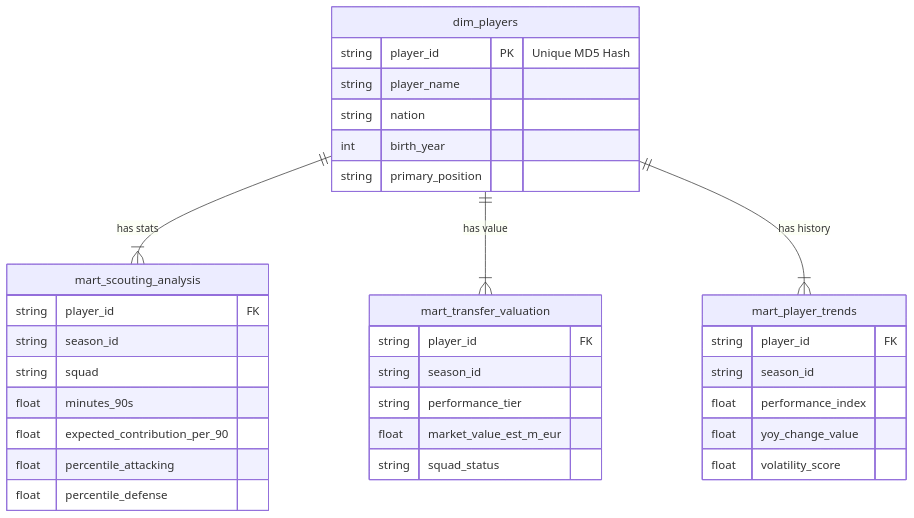
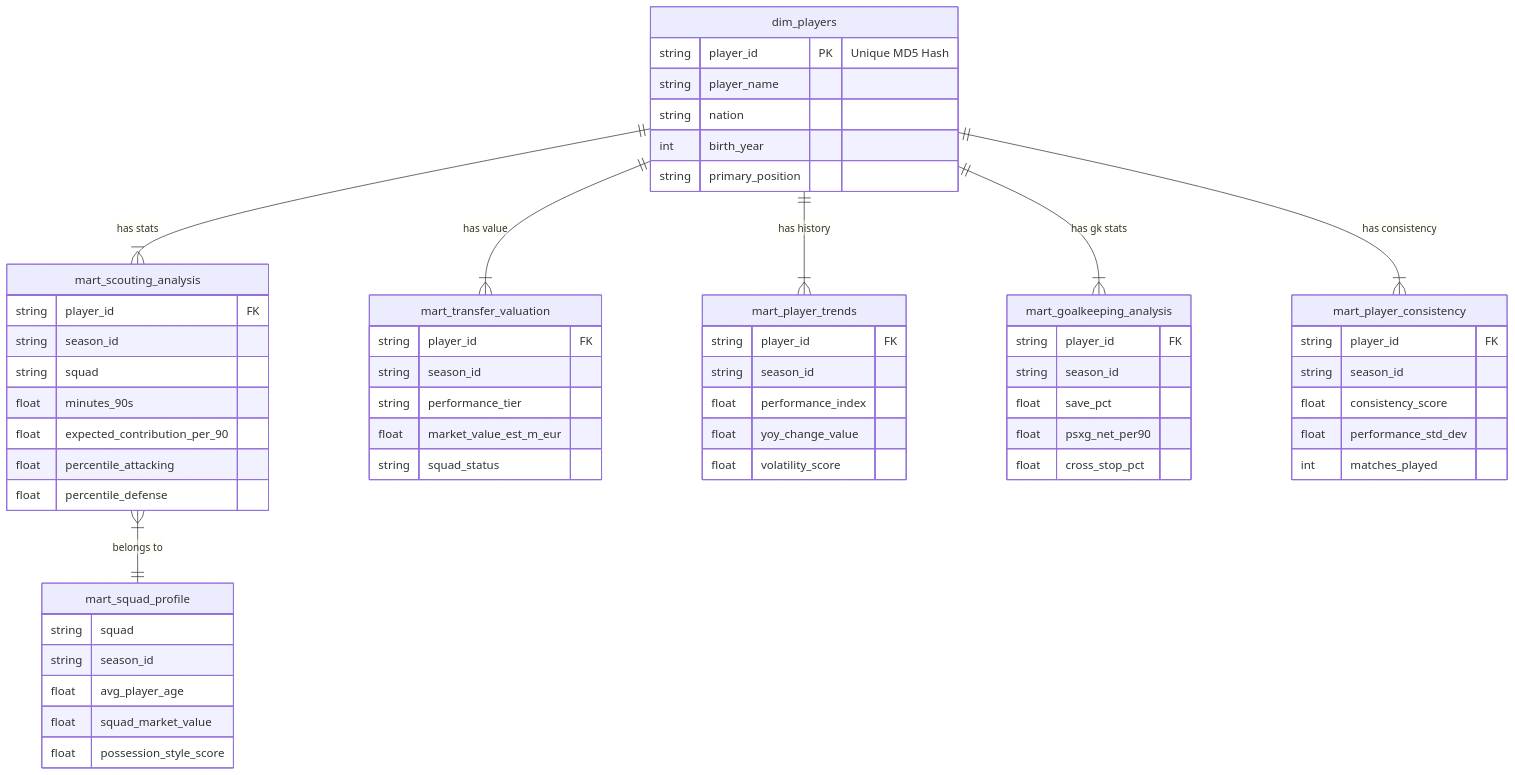
Before and after one commit to MahmoudMahdy448/NextGenEUPlayers: the second of 2 diagrams in README.md, drawn with Mermaid.

Commit message:
feat: Add new mart tables for goalkeeping analysis, player consistency, and squad profile in ERD

````diff
--- a/README.md
+++ b/README.md
@@ -149,45 +149,72 @@
 ```mermaid
 erDiagram
     %% Style overrides
     %% Mermaid ERD doesn’t support classDef directly, but you can use quotes for labels
     %% and keep field names short so they render larger.
     
     dim_players {
         string player_id PK "Unique MD5 Hash"
         string player_name
         string nation
         int birth_year
         string primary_position
     }
 
     mart_scouting_analysis {
         string player_id FK
         string season_id
         string squad
         float minutes_90s
         float expected_contribution_per_90
         float percentile_attacking
         float percentile_defense
     }
 
     mart_transfer_valuation {
         string player_id FK
         string season_id
         string performance_tier
         float market_value_est_m_eur
         string squad_status
     }
 
     mart_player_trends {
         string player_id FK
         string season_id
         float performance_index
         float yoy_change_value
         float volatility_score
     }
 
+    mart_goalkeeping_analysis {
+        string player_id FK
+        string season_id
+        float save_pct
+        float psxg_net_per90
+        float cross_stop_pct
+    }
+
+    mart_player_consistency {
+        string player_id FK
+        string season_id
+        float consistency_score
+        float performance_std_dev
+        int matches_played
+    }
+
+    mart_squad_profile {
+        string squad
+        string season_id
+        float avg_player_age
+        float squad_market_value
+        float possession_style_score
+    }
+
     %% Relationships
     dim_players ||--|{ mart_scouting_analysis : "has stats"
     dim_players ||--|{ mart_transfer_valuation : "has value"
     dim_players ||--|{ mart_player_trends : "has history"
+    dim_players ||--|{ mart_goalkeeping_analysis : "has gk stats"
+    dim_players ||--|{ mart_player_consistency : "has consistency"
+    mart_scouting_analysis }|--|| mart_squad_profile : "belongs to"
 ```
````
